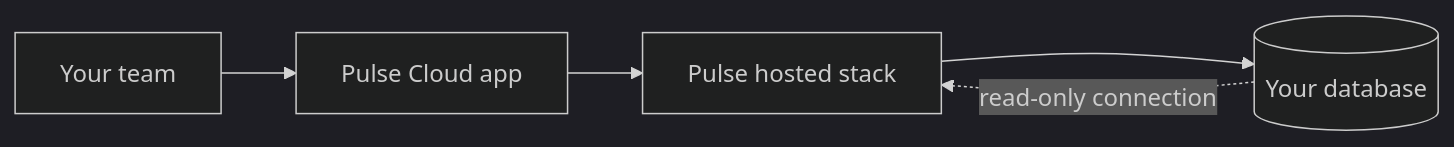
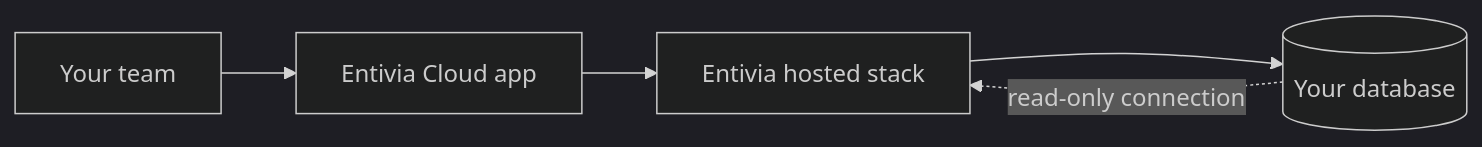
The diagram in content/docs/hosting-cloud.md (PulseAgentZero/dashboard), drawn with Mermaid (dark theme) before and after one commit. The commit also changed other lines of this file and 79 other files, not shown here.

````diff
--- a/content/docs/hosting-cloud.md
+++ b/content/docs/hosting-cloud.md
@@ -17,7 +17,7 @@
 ```mermaid
 flowchart LR
-  Team[Your team] --> App[Pulse Cloud app]
-  App --> PulseStack[Pulse hosted stack]
-  PulseStack --> YourDB[(Your database)]
-  YourDB -.->|read-only connection| PulseStack
+  Team[Your team] --> App[Entivia Cloud app]
+  App --> EntiviaStack[Entivia hosted stack]
+  EntiviaStack --> YourDB[(Your database)]
+  YourDB -.->|read-only connection| EntiviaStack
 ```
````
